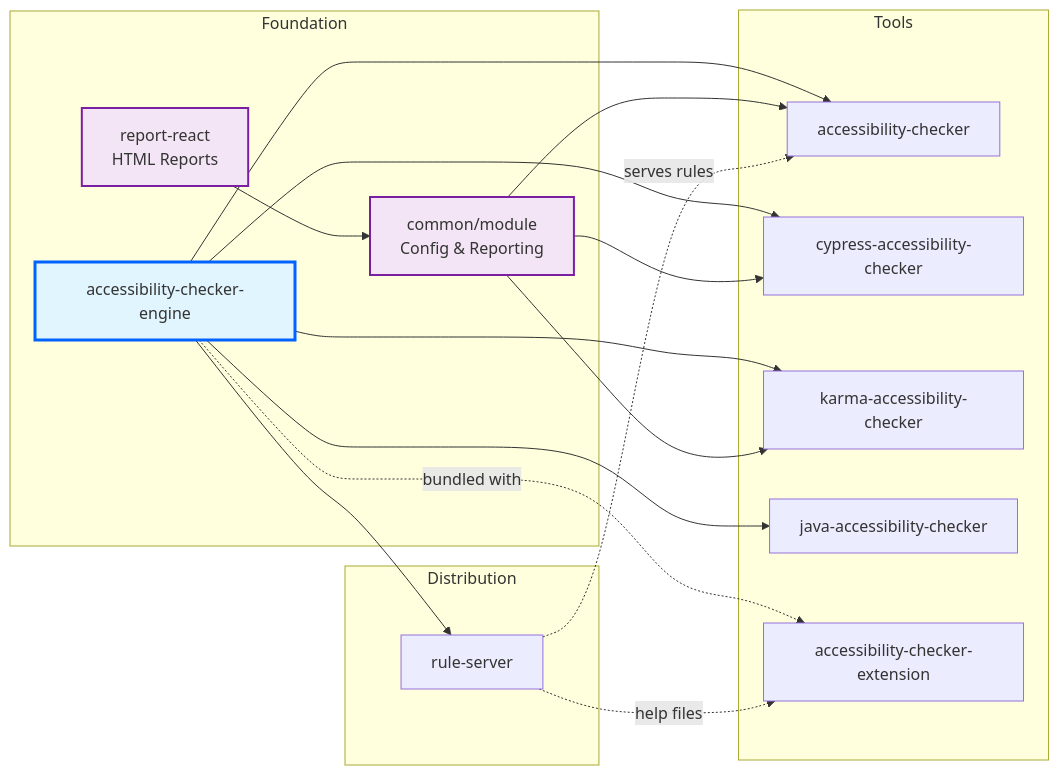
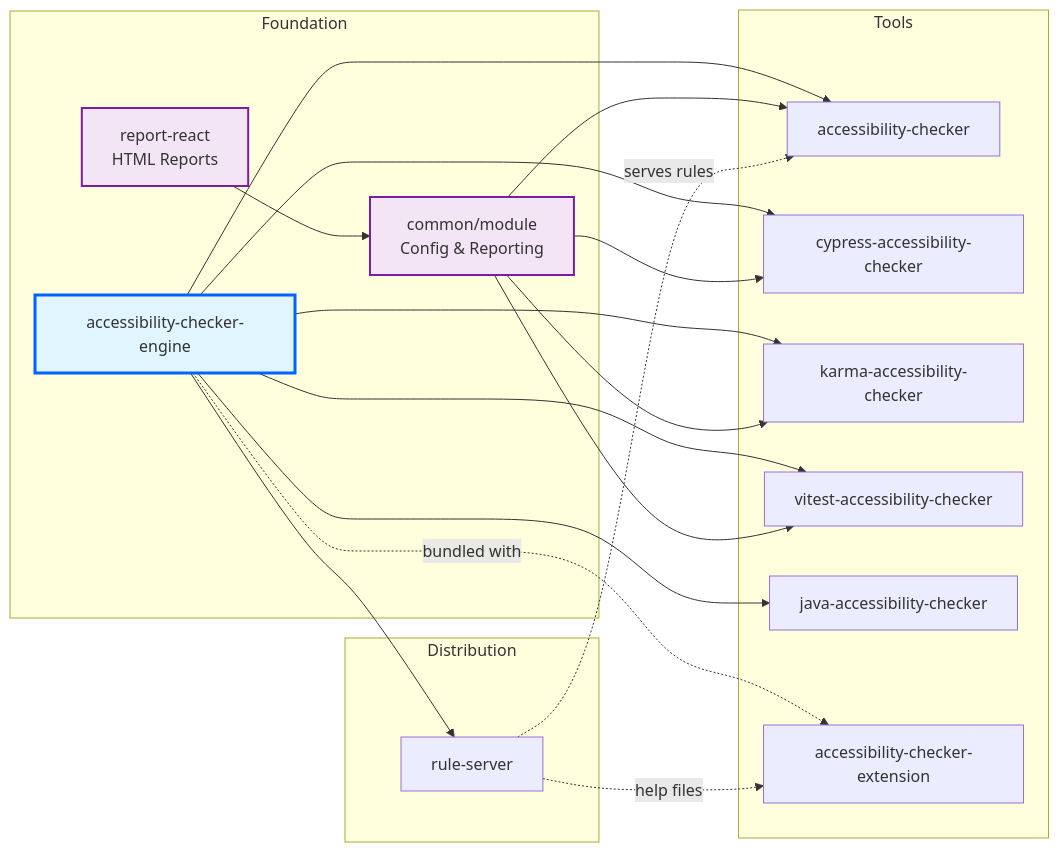
One commit to IBMa/equal-access changed the tenth of 10 diagrams in docs/architecture-diagrams.md. Above: the diagram before and after it, drawn with Mermaid. The commit also changed other lines of this file and 48 other files, not shown here.

````diff
--- a/docs/architecture-diagrams.md
+++ b/docs/architecture-diagrams.md
@@ -446,39 +504,42 @@
 ```mermaid
 graph LR
     subgraph "Foundation"
         Engine[accessibility-checker-engine]
         Common[common/module<br/>Config & Reporting]
         Report[report-react<br/>HTML Reports]
     end
     
     subgraph "Distribution"
         RuleServer[rule-server]
     end
     
     subgraph "Tools"
         Node[accessibility-checker]
         Cypress[cypress-accessibility-checker]
         Karma[karma-accessibility-checker]
+        Vitest[vitest-accessibility-checker]
         Java[java-accessibility-checker]
         Extension[accessibility-checker-extension]
     end
     
     Engine --> Node
     Engine --> Cypress
     Engine --> Karma
+    Engine --> Vitest
     Engine --> Java
     Engine -.bundled with.-> Extension
     Engine --> RuleServer
     
     Report --> Common
     Common --> Node
     Common --> Cypress
     Common --> Karma
+    Common --> Vitest
     
     RuleServer -.help files.-> Extension
     RuleServer -.serves rules.-> Node
     
     style Engine fill:#e1f5ff,stroke:#0062ff,stroke-width:3px
     style Common fill:#f3e5f5,stroke:#7b1fa2,stroke-width:2px
     style Report fill:#f3e5f5,stroke:#7b1fa2,stroke-width:2px
 ```
````
